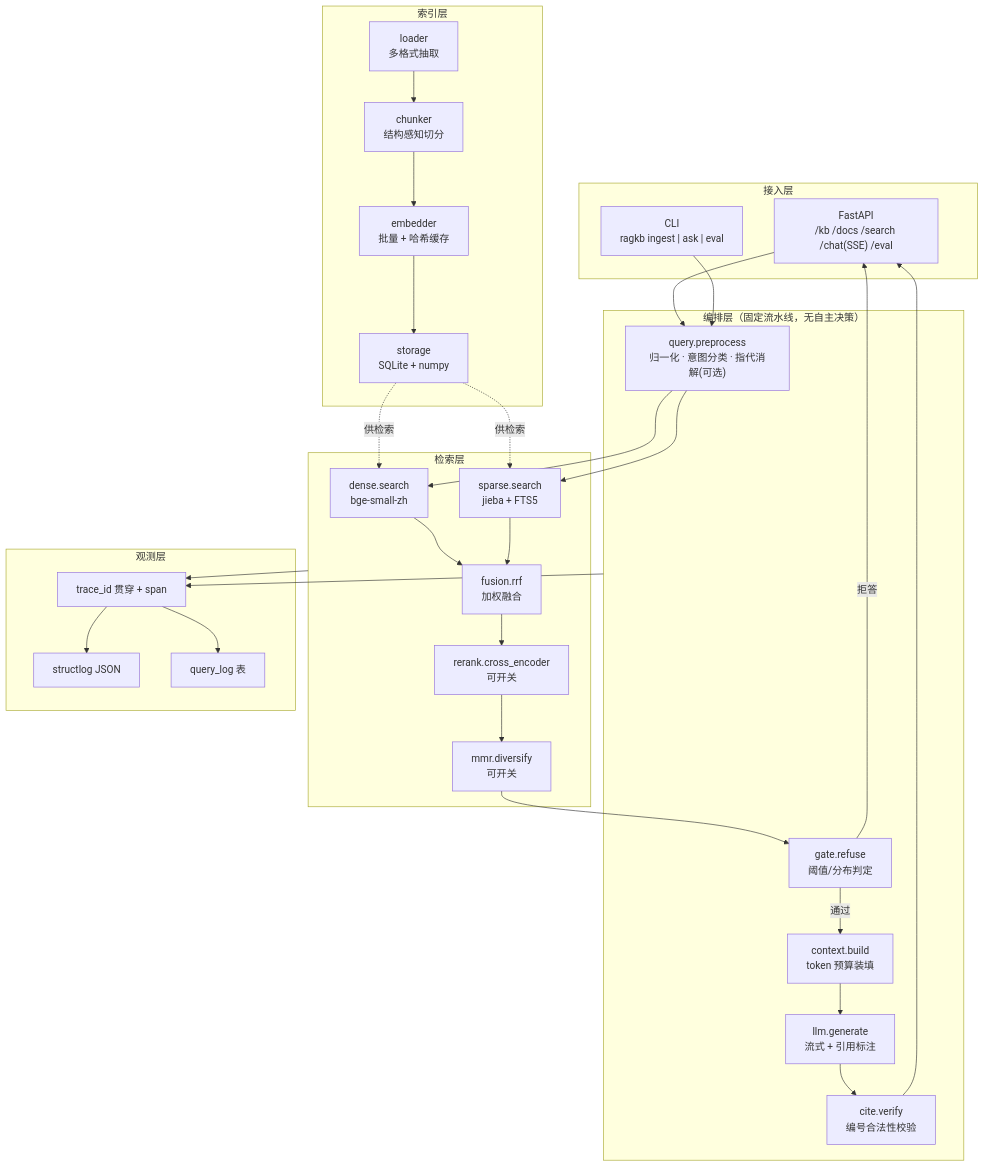
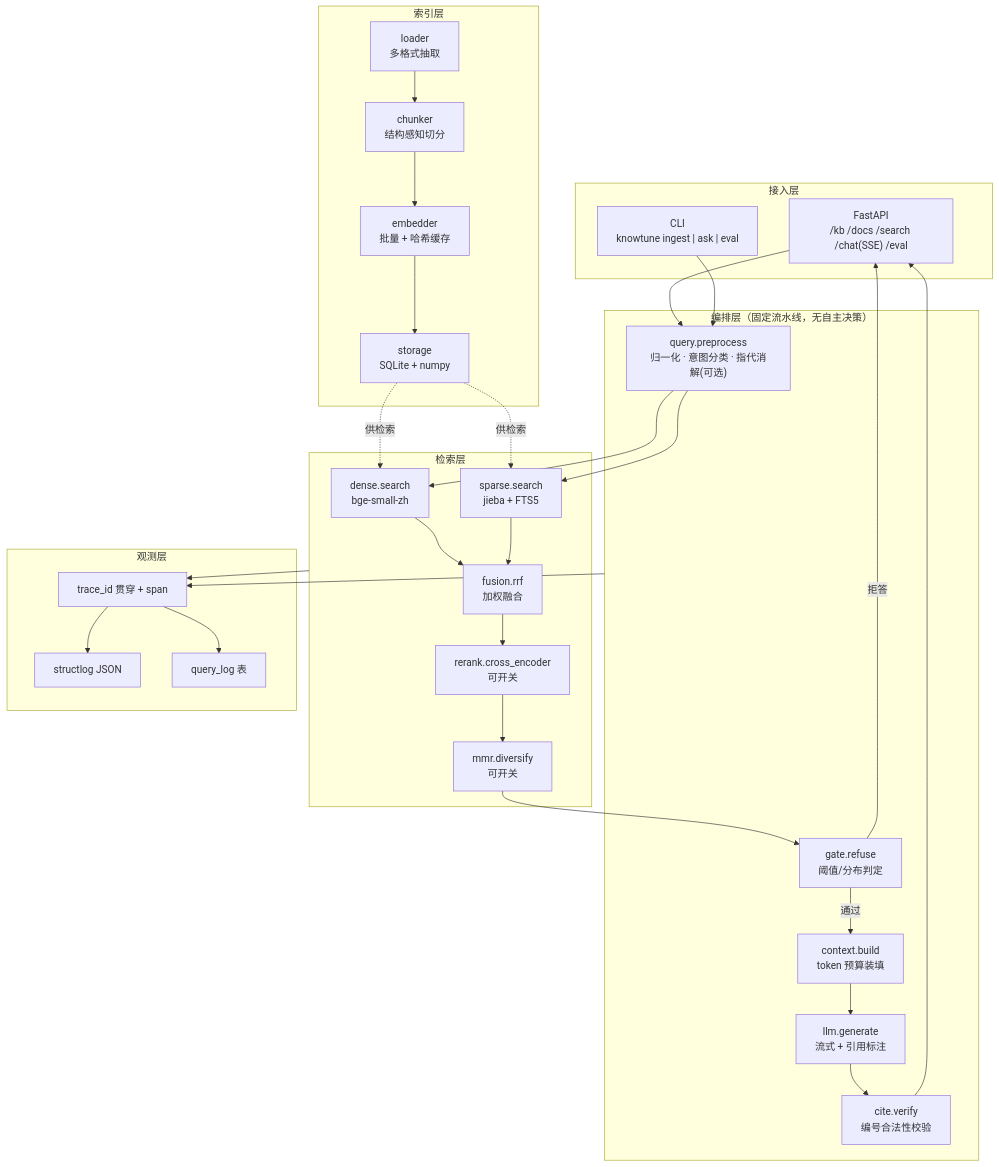
The first of 3 diagrams in docs/ARCHITECTURE.md (DLskylife/knowtune), drawn with Mermaid before and after one commit. The commit also changed other lines of this file and 75 other files, not shown here.

````diff
--- a/docs/ARCHITECTURE.md
+++ b/docs/ARCHITECTURE.md
@@ -82,60 +82,60 @@
 ```mermaid
 flowchart TB
   subgraph ACCESS["接入层"]
     API["FastAPI<br/>/kb /docs /search /chat(SSE) /eval"]
-    CLI["CLI<br/>ragkb ingest | ask | eval"]
+    CLI["CLI<br/>knowtune ingest | ask | eval"]
   end
 
   subgraph PIPE["编排层（固定流水线，无自主决策）"]
     Q["query.preprocess<br/>归一化 · 意图分类 · 指代消解(可选)"]
     GATE["gate.refuse<br/>阈值/分布判定"]
     CTX["context.build<br/>token 预算装填"]
     GEN["llm.generate<br/>流式 + 引用标注"]
     CITE["cite.verify<br/>编号合法性校验"]
   end
 
   subgraph RET["检索层"]
     D["dense.search<br/>bge-small-zh"]
     S["sparse.search<br/>jieba + FTS5"]
     F["fusion.rrf<br/>加权融合"]
     RR["rerank.cross_encoder<br/>可开关"]
     MM["mmr.diversify<br/>可开关"]
   end
 
   subgraph IDX["索引层"]
     LOAD["loader<br/>多格式抽取"]
     CHK["chunker<br/>结构感知切分"]
     EMB["embedder<br/>批量 + 哈希缓存"]
     ST["storage<br/>SQLite + numpy"]
   end
 
   subgraph OBS["观测层"]
     LOG["structlog JSON"]
     TR["trace_id 贯穿 + span"]
     QL["query_log 表"]
   end
 
   API --> Q
   CLI --> Q
   Q --> D
   Q --> S
   D --> F
   S --> F
   F --> RR
   RR --> MM
   MM --> GATE
   GATE -->|拒答| API
   GATE -->|通过| CTX
   CTX --> GEN
   GEN --> CITE
   CITE --> API
 
   LOAD --> CHK --> EMB --> ST
   ST -.供检索.-> D
   ST -.供检索.-> S
 
   PIPE --> TR
   RET --> TR
   TR --> LOG
   TR --> QL
 ```
````
